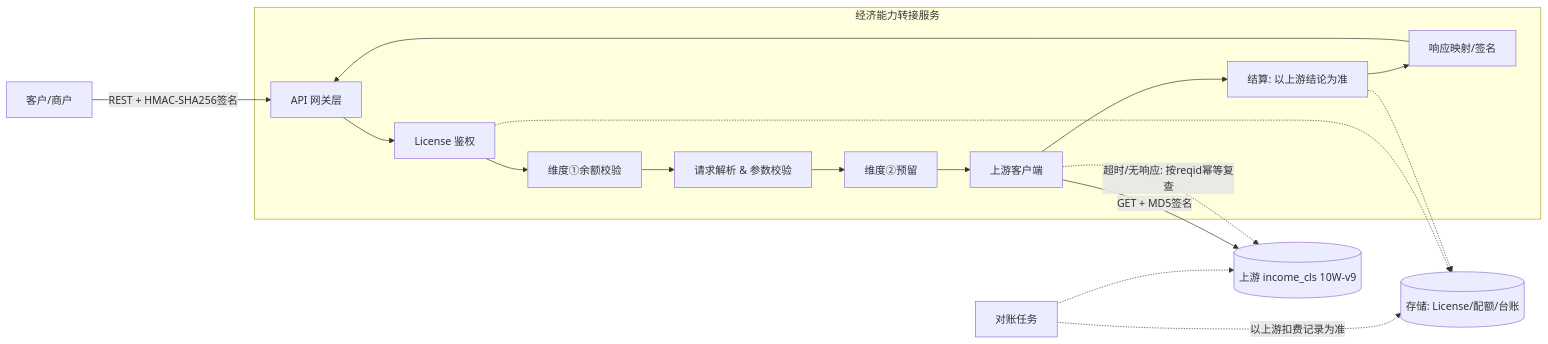
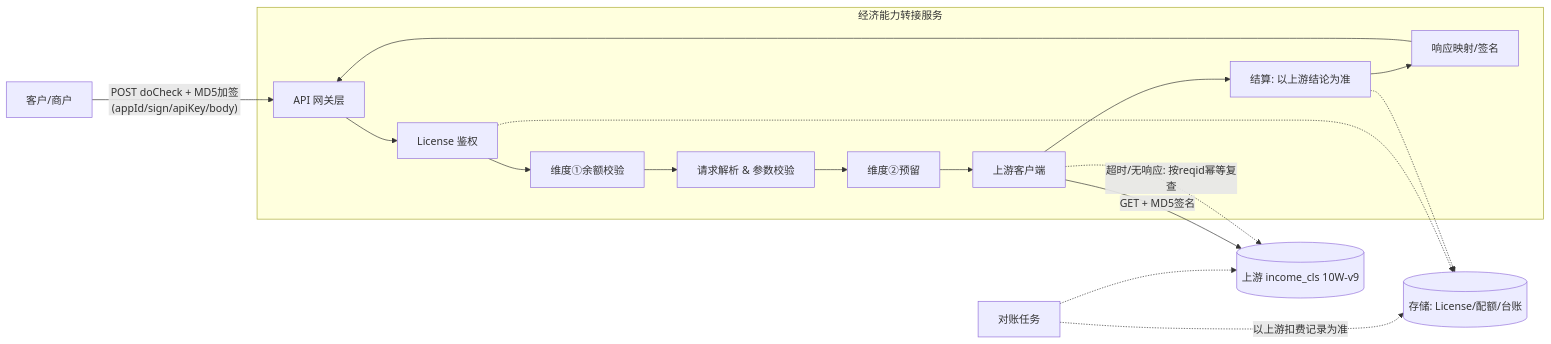
The first of 3 diagrams in docs/DESIGN.md (YunChen1227/DataHub), drawn with Mermaid before and after one commit. The commit also changed other lines of this file and 51 other files, not shown here.

````diff
--- a/docs/DESIGN.md
+++ b/docs/DESIGN.md
@@ -61,23 +63,23 @@
 ```mermaid
 flowchart LR
-    Client[客户/商户] -->|REST + HMAC-SHA256签名| GW[API 网关层]
+    Client[客户/商户] -->|"POST doCheck + MD5加签(appId/sign/apiKey/body)"| GW[API 网关层]
 
     subgraph Service[经济能力转接服务]
         GW --> Auth[License 鉴权]
         Auth --> Q1[维度①余额校验]
         Q1 --> Parse[请求解析 & 参数校验]
         Parse --> Q2res[维度②预留]
         Q2res --> UC[上游客户端]
         UC --> Settle[结算: 以上游结论为准]
         Settle --> Map[响应映射/签名]
         Map --> GW
     end
 
     UC -->|GET + MD5签名| Upstream[(上游 income_cls 10W-v9)]
     UC -.->|超时/无响应: 按reqid幂等复查| Upstream
 
     Auth -.-> DB[(存储: License/配额/台账)]
     Settle -.-> DB
     Recon[对账任务] -.->|以上游扣费记录为准| DB
     Recon -.-> Upstream
 ```
````
